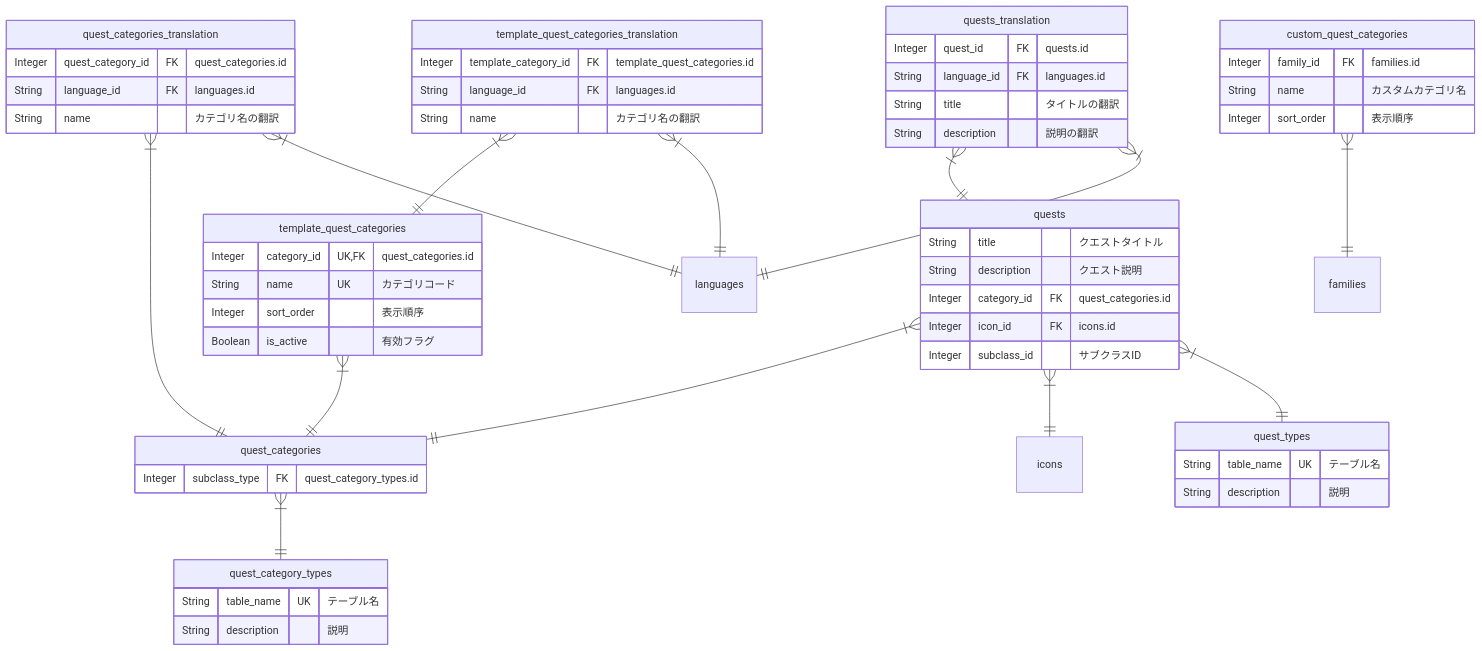
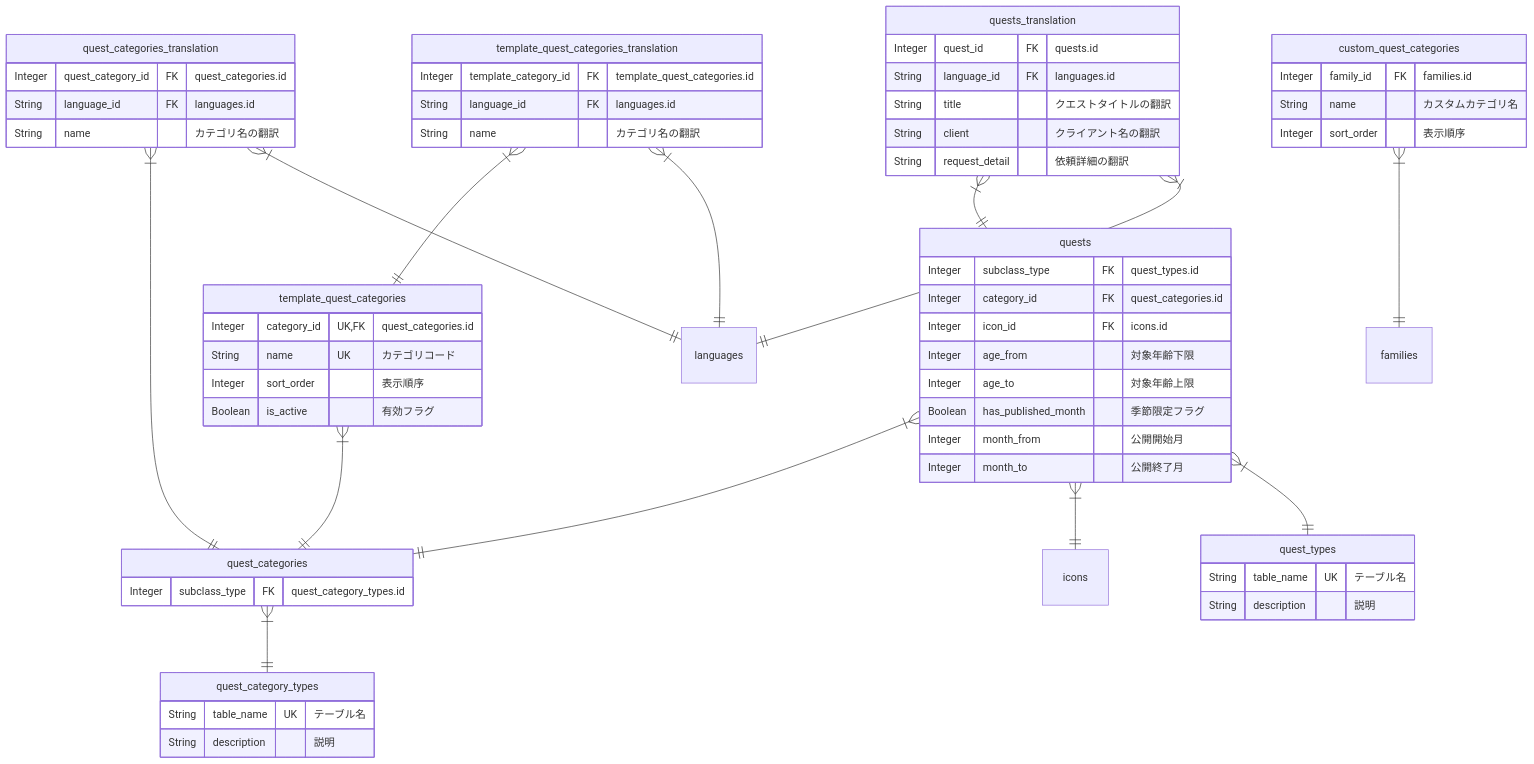
Before and after one commit to shuhei1101/allowance-questboard: diagram 11 of 17 in apps/api/docs/ja/uml/erd.md, drawn with Mermaid. The commit also changed other lines of this file, not shown here.

Commit message:
Update ERD for notifications, child_statuses, quests, children, and comments entities

````diff
--- a/apps/api/docs/ja/uml/erd.md
+++ b/apps/api/docs/ja/uml/erd.md
@@ -374,71 +369,75 @@
 ```mermaid
 %% quest/definition
 erDiagram
     quests {
-        String title "クエストタイトル"
-        String description "クエスト説明"
+        Integer subclass_type FK "quest_types.id"
         Integer category_id FK "quest_categories.id"
         Integer icon_id FK "icons.id"
-        Integer subclass_id "サブクラスID"
+        Integer age_from "対象年齢下限"
+        Integer age_to "対象年齢上限"
+        Boolean has_published_month "季節限定フラグ"
+        Integer month_from "公開開始月"
+        Integer month_to "公開終了月"
     }
 
     quests_translation {
         Integer quest_id FK "quests.id"
         String language_id FK "languages.id"
-        String title "タイトルの翻訳"
-        String description "説明の翻訳"
+        String title "クエストタイトルの翻訳"
+        String client "クライアント名の翻訳"
+        String request_detail "依頼詳細の翻訳"
     }
 
     quest_categories {
         Integer subclass_type FK "quest_category_types.id"
     }
 
     quest_categories_translation {
         Integer quest_category_id FK "quest_categories.id"
         String language_id FK "languages.id"
         String name "カテゴリ名の翻訳"
     }
 
     quest_category_types {
         String table_name UK "テーブル名"
         String description "説明"
     }
 
     quest_types {
         String table_name UK "テーブル名"
         String description "説明"
     }
 
     template_quest_categories {
         Integer category_id UK,FK "quest_categories.id"
         String name UK "カテゴリコード"
         Integer sort_order "表示順序"
         Boolean is_active "有効フラグ"
     }
 
     template_quest_categories_translation {
         Integer template_category_id FK "template_quest_categories.id"
         String language_id FK "languages.id"
         String name "カテゴリ名の翻訳"
     }
 
     custom_quest_categories {
         Integer family_id FK "families.id"
         String name "カスタムカテゴリ名"
         Integer sort_order "表示順序"
     }
 
     %% Relationships
     quests }|--|| quest_categories: ""
     quests }|--|| icons: ""
     quests }|--|| quest_types: ""
     quests_translation }|--|| quests: ""
     quests_translation }|--|| languages: ""
     quest_categories }|--|| quest_category_types: ""
     quest_categories_translation }|--|| quest_categories: ""
     quest_categories_translation }|--|| languages: ""
     template_quest_categories }|--|| quest_categories: ""
     template_quest_categories_translation }|--|| template_quest_categories: ""
     template_quest_categories_translation }|--|| languages: ""
     custom_quest_categories }|--|| families: ""
 ```
````
